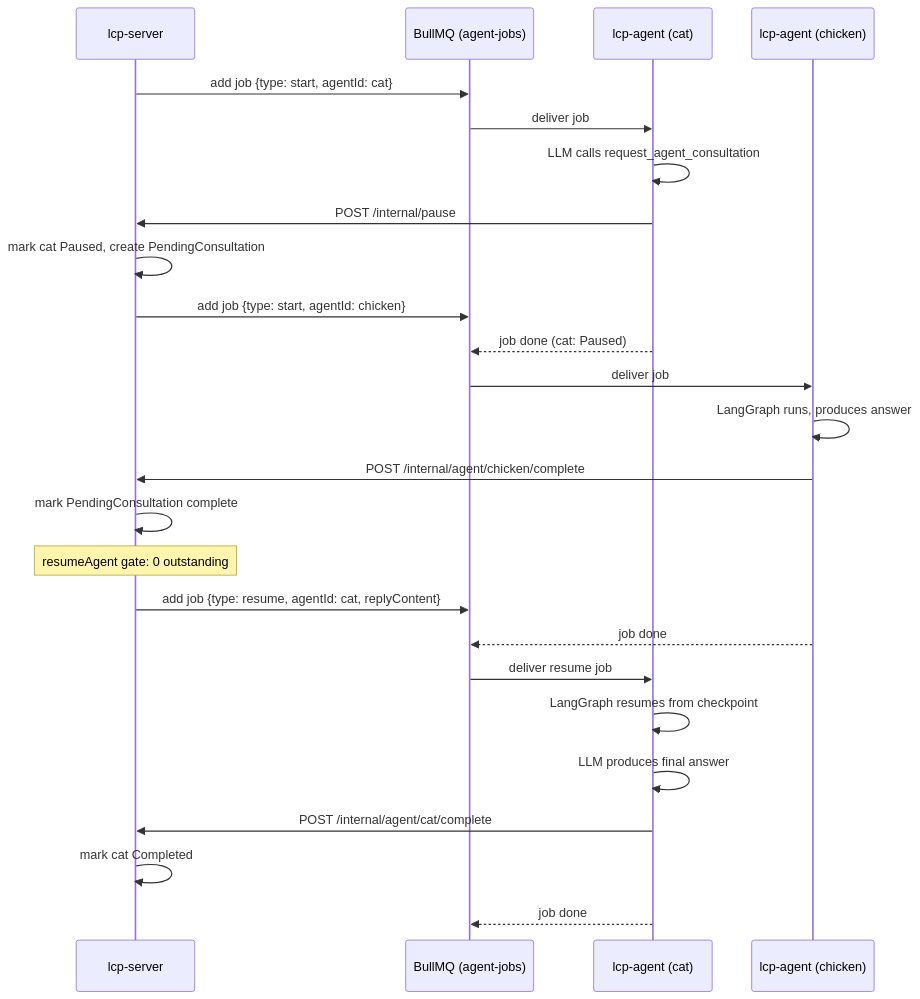
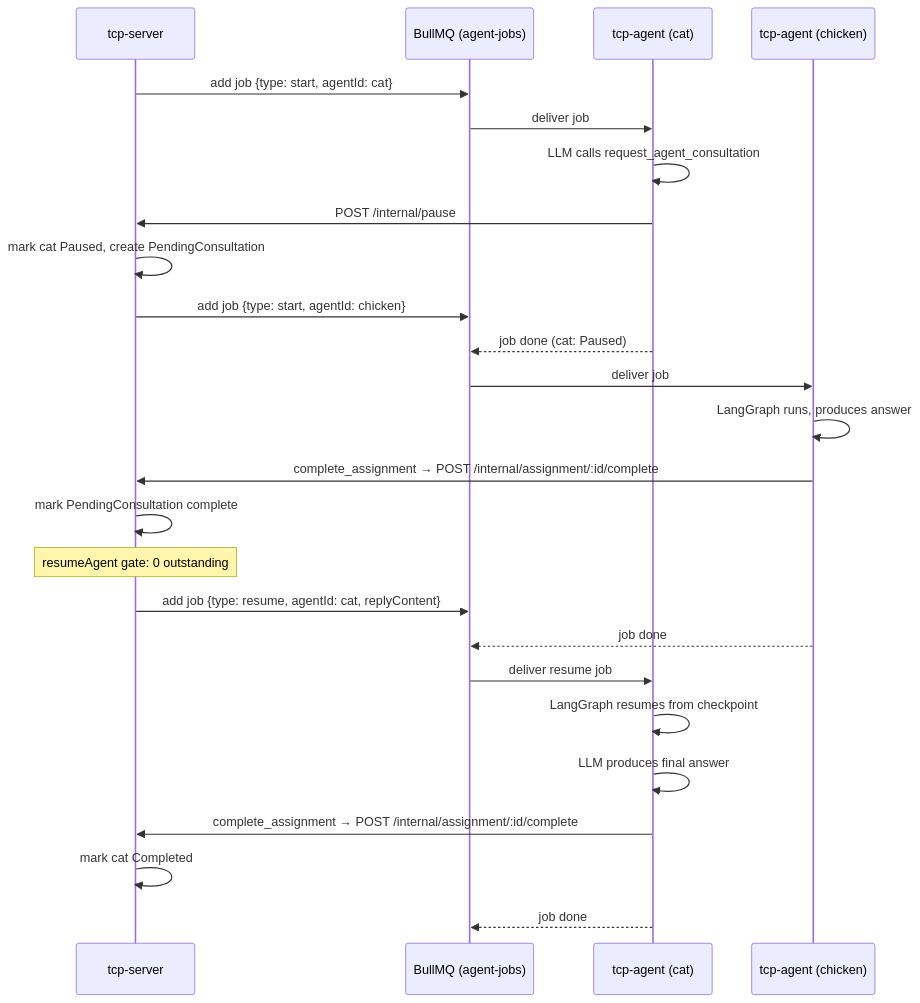
Before and after one commit to instantiator/tcp-server: the second of 4 diagrams in docs/queue.md, drawn with Mermaid. The commit also changed other lines of this file and 1129 other files, not shown here.

````diff
--- a/docs/queue.md
+++ b/docs/queue.md
@@ -56,30 +61,30 @@
 ```mermaid
 sequenceDiagram
-    participant S as lcp-server
+    participant S as tcp-server
     participant Q as BullMQ (agent-jobs)
-    participant Cat as lcp-agent (cat)
-    participant Chkn as lcp-agent (chicken)
+    participant Cat as tcp-agent (cat)
+    participant Chkn as tcp-agent (chicken)
 
     S->>Q: add job {type: start, agentId: cat}
     Q->>Cat: deliver job
     Cat->>Cat: LLM calls request_agent_consultation
     Cat->>S: POST /internal/pause
     S->>S: mark cat Paused, create PendingConsultation
     S->>Q: add job {type: start, agentId: chicken}
     Cat-->>Q: job done (cat: Paused)
 
     Q->>Chkn: deliver job
     Chkn->>Chkn: LangGraph runs, produces answer
-    Chkn->>S: POST /internal/agent/chicken/complete
+    Chkn->>S: complete_assignment → POST /internal/assignment/:id/complete
     S->>S: mark PendingConsultation complete
     Note over S: resumeAgent gate: 0 outstanding
     S->>Q: add job {type: resume, agentId: cat, replyContent}
     Chkn-->>Q: job done
 
     Q->>Cat: deliver resume job
     Cat->>Cat: LangGraph resumes from checkpoint
     Cat->>Cat: LLM produces final answer
-    Cat->>S: POST /internal/agent/cat/complete
+    Cat->>S: complete_assignment → POST /internal/assignment/:id/complete
     S->>S: mark cat Completed
     Cat-->>Q: job done
 ```
````
